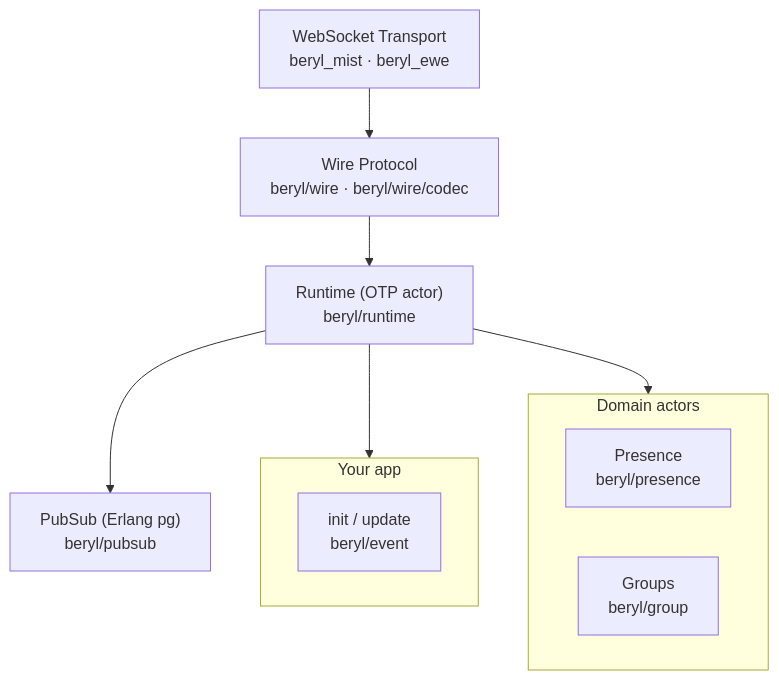
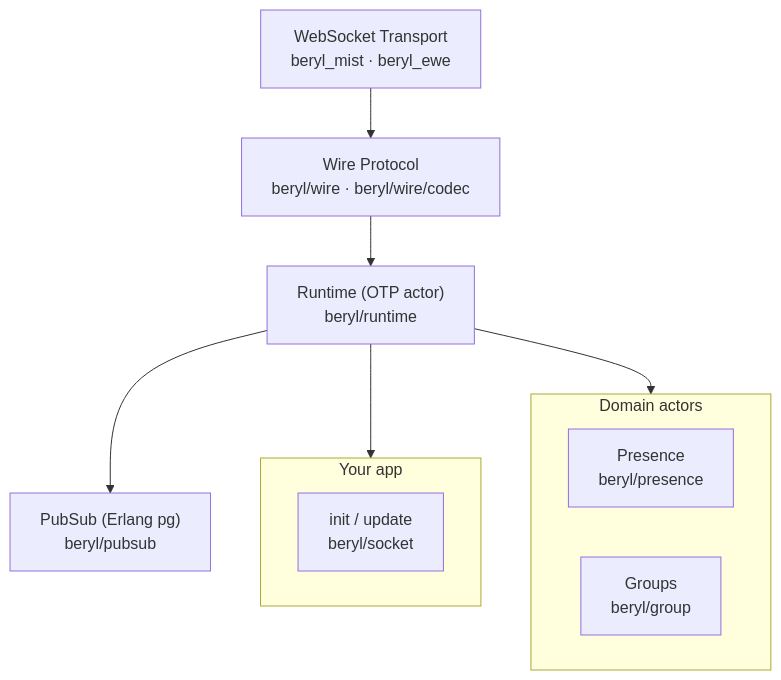
Before and after one commit to tylerbutler/beryl: the first of 2 diagrams in website/src/content/docs/architecture/overview.md, drawn with Mermaid. The commit also changed other lines of this file and 58 other files, not shown here.

First line of the commit message:
refactor(beryl)!: rename beryl/event module to beryl/socket

````diff
--- a/website/src/content/docs/architecture/overview.md
+++ b/website/src/content/docs/architecture/overview.md
@@ -22,17 +22,17 @@
 ```mermaid
 flowchart TB
   T["WebSocket Transport<br/>beryl_mist · beryl_ewe"]
   W["Wire Protocol<br/>beryl/wire · beryl/wire/codec"]
   RT["Runtime (OTP actor)<br/>beryl/runtime"]
   subgraph App["Your app"]
-    U["init / update<br/>beryl/event"]
+    U["init / update<br/>beryl/socket"]
   end
   subgraph Domain["Domain actors"]
     P["Presence<br/>beryl/presence"]
     G["Groups<br/>beryl/group"]
   end
   PS["PubSub (Erlang pg)<br/>beryl/pubsub"]
   T --> W --> RT --> App
   RT --> Domain
   RT --> PS
 ```
````
